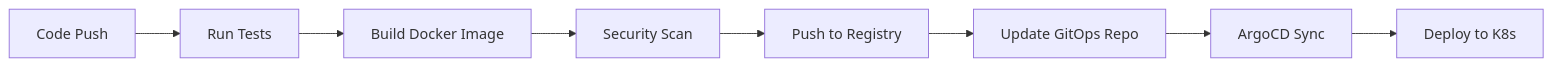
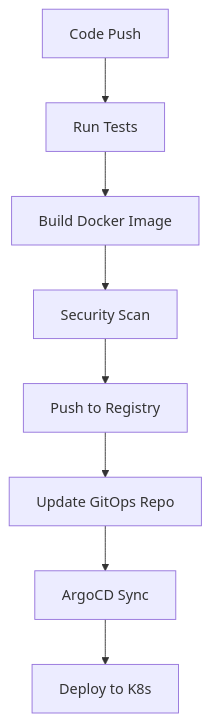
The diagram in README.md (hhzule/Cloud-trading), drawn with Mermaid before and after one commit. The commit also changed 5859 other files, not shown here.

````diff
--- a/README.md
+++ b/README.md
@@ -86,10 +86,10 @@
 ```mermaid
-graph LR
+graph TD
     A[Code Push] --> B[Run Tests]
     B --> C[Build Docker Image]
     C --> D[Security Scan]
     D --> E[Push to Registry]
     E --> F[Update GitOps Repo]
     F --> G[ArgoCD Sync]
     G --> H[Deploy to K8s]
 ```
````
